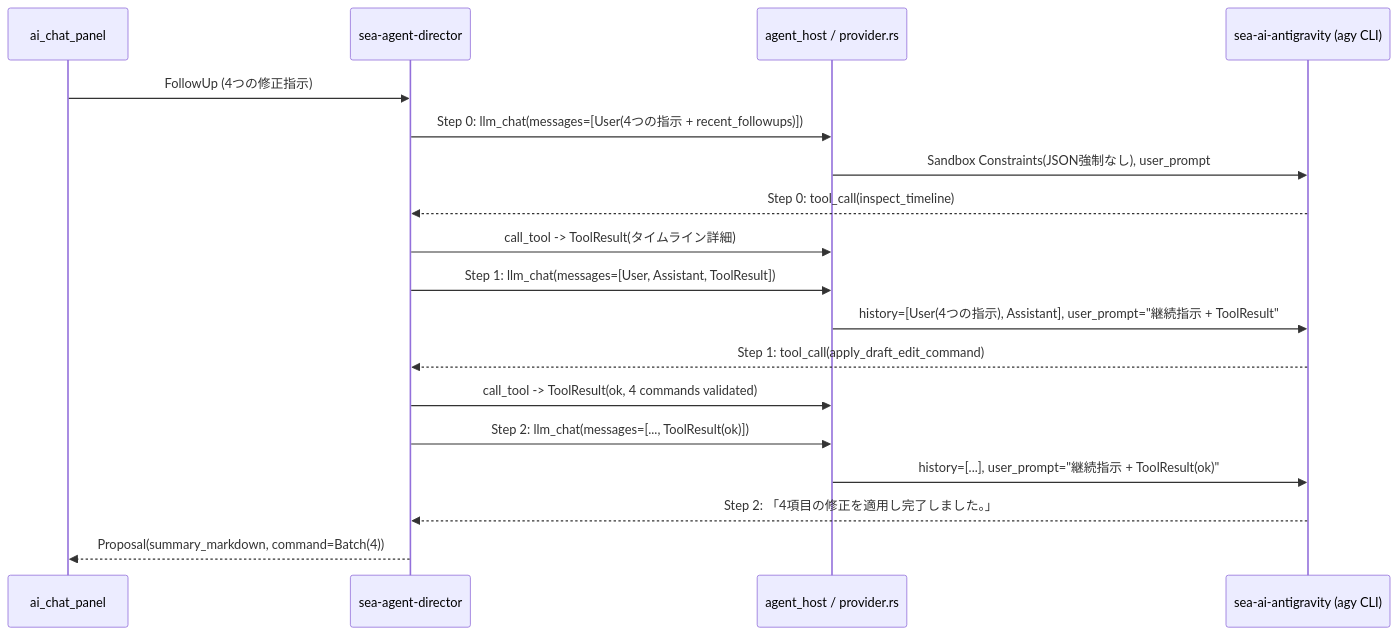
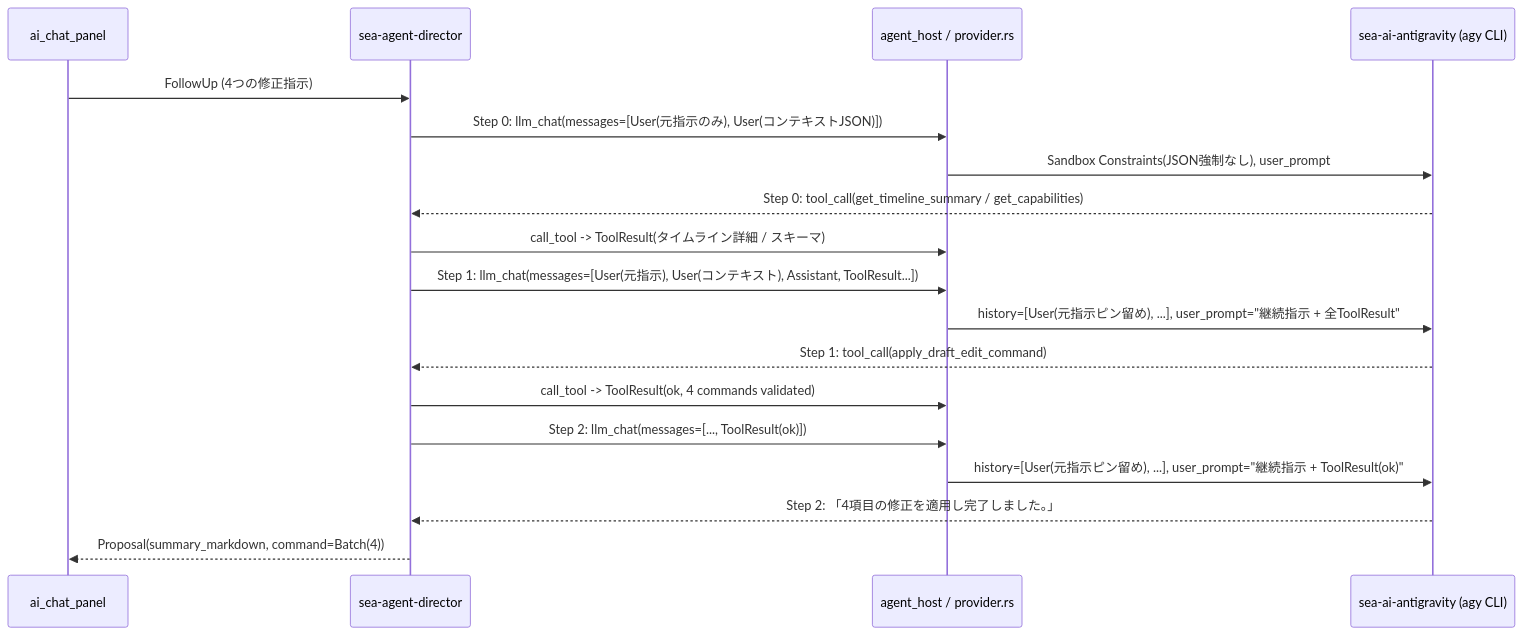
One commit to Seaoftrees08/sea-movie-creator changed the second of 3 diagrams in dev-doc/014-ai-chat-reliability-status-and-copy.md. Above: the diagram before and after it, drawn with Mermaid. The commit also changed other lines of this file, not shown here.

````diff
--- a/dev-doc/014-ai-chat-reliability-status-and-copy.md
+++ b/dev-doc/014-ai-chat-reliability-status-and-copy.md
@@ -239,21 +267,21 @@
 ```mermaid
 sequenceDiagram
     participant UI as ai_chat_panel
     participant Dir as sea-agent-director
     participant Host as agent_host / provider.rs
     participant Agy as sea-ai-antigravity (agy CLI)
 
     UI->>Dir: FollowUp (4つの修正指示)
-    Dir->>Host: Step 0: llm_chat(messages=[User(4つの指示 + recent_followups)])
+    Dir->>Host: Step 0: llm_chat(messages=[User(元指示のみ), User(コンテキストJSON)])
     Host->>Agy: Sandbox Constraints(JSON強制なし), user_prompt
-    Agy-->>Dir: Step 0: tool_call(inspect_timeline)
-    Dir->>Host: call_tool -> ToolResult(タイムライン詳細)
-    Dir->>Host: Step 1: llm_chat(messages=[User, Assistant, ToolResult])
-    Host->>Agy: history=[User(4つの指示), Assistant], user_prompt="継続指示 + ToolResult"
+    Agy-->>Dir: Step 0: tool_call(get_timeline_summary / get_capabilities)
+    Dir->>Host: call_tool -> ToolResult(タイムライン詳細 / スキーマ)
+    Dir->>Host: Step 1: llm_chat(messages=[User(元指示), User(コンテキスト), Assistant, ToolResult...])
+    Host->>Agy: history=[User(元指示ピン留め), ...], user_prompt="継続指示 + 全ToolResult"
     Agy-->>Dir: Step 1: tool_call(apply_draft_edit_command)
     Dir->>Host: call_tool -> ToolResult(ok, 4 commands validated)
     Dir->>Host: Step 2: llm_chat(messages=[..., ToolResult(ok)])
-    Host->>Agy: history=[...], user_prompt="継続指示 + ToolResult(ok)"
+    Host->>Agy: history=[User(元指示ピン留め), ...], user_prompt="継続指示 + ToolResult(ok)"
     Agy-->>Dir: Step 2: 「4項目の修正を適用し完了しました。」
     Dir-->>UI: Proposal(summary_markdown, command=Batch(4))
 ```
````
